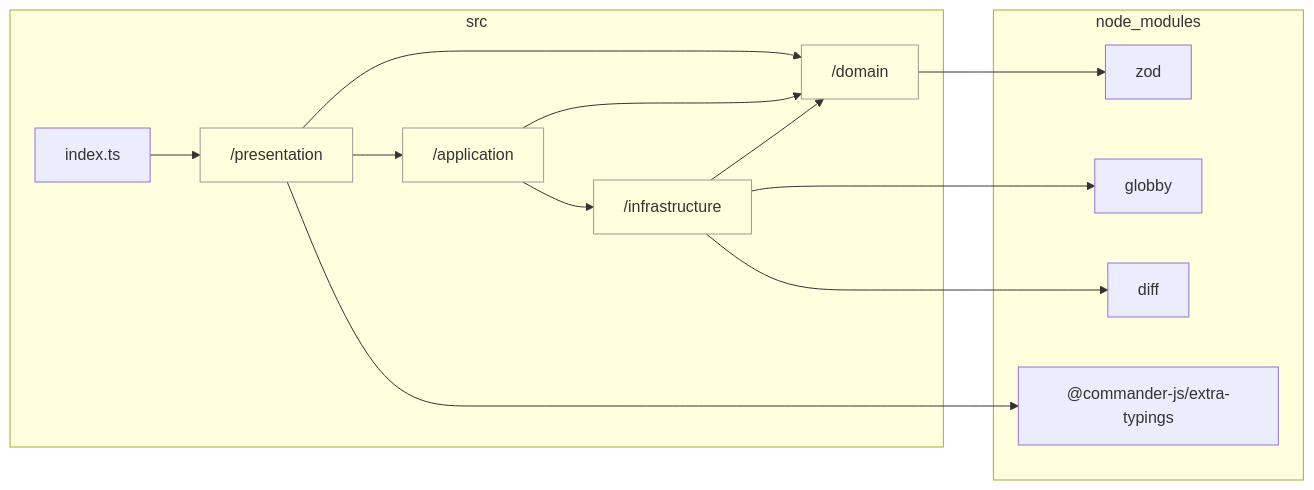
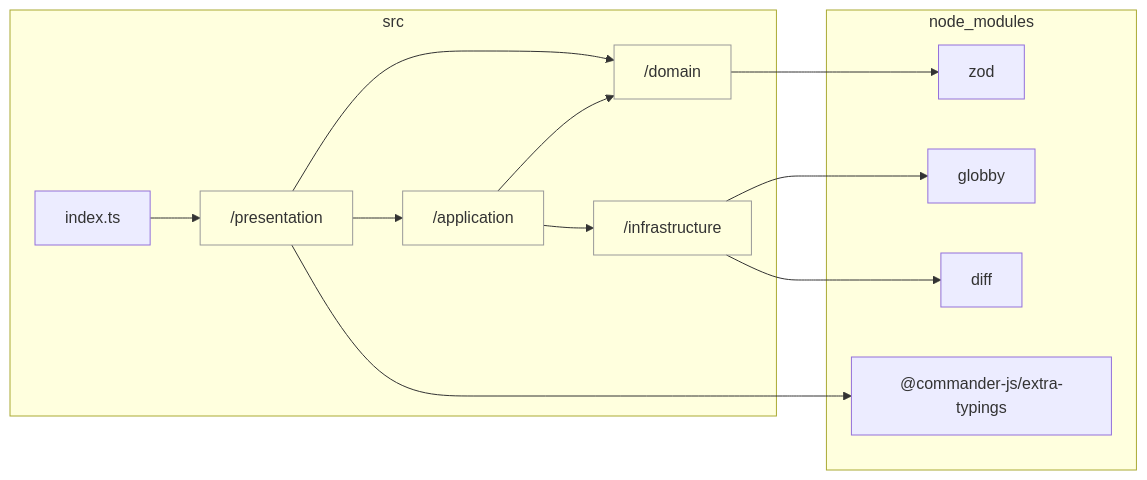
Before and after one commit to sugurutakahashi-1234/readme-i18n-sentinel: the diagram in docs/reports/dependencies/layers.md, drawn with Mermaid. The commit also changed 10 other files, not shown here.

````diff
--- a/docs/reports/dependencies/layers.md
+++ b/docs/reports/dependencies/layers.md
@@ -7,27 +7,26 @@
 ```mermaid
 flowchart LR
     classDef dir fill:#0000,stroke:#999
     subgraph src["src"]
         src/domain["/domain"]:::dir
         src/infrastructure["/infrastructure"]:::dir
         src/application["/application"]:::dir
         src/presentation["/presentation"]:::dir
         src/index.ts["index.ts"]
     end
     subgraph node//modules["node_modules"]
         node//modules/zod/index.d.cts["zod"]
         node//modules/globby/index.d.ts["globby"]
         node//modules/diff/libcjs/index.d.ts["diff"]
         node//modules///commander//js/extra//typings/index.d.ts["@commander-js/extra-typings"]
     end
     src/domain-->node//modules/zod/index.d.cts
     src/infrastructure-->node//modules/globby/index.d.ts
-    src/infrastructure-->src/domain
     src/application-->src/domain
     src/application-->src/infrastructure
     src/infrastructure-->node//modules/diff/libcjs/index.d.ts
     src/presentation-->node//modules///commander//js/extra//typings/index.d.ts
     src/presentation-->src/application
     src/presentation-->src/domain
     src/index.ts-->src/presentation
 ```
````
